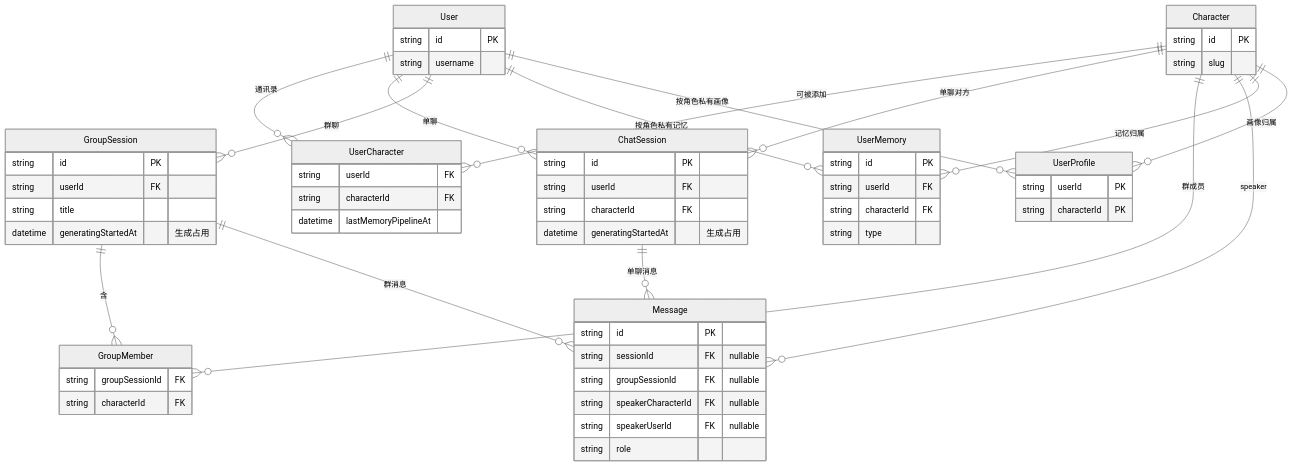
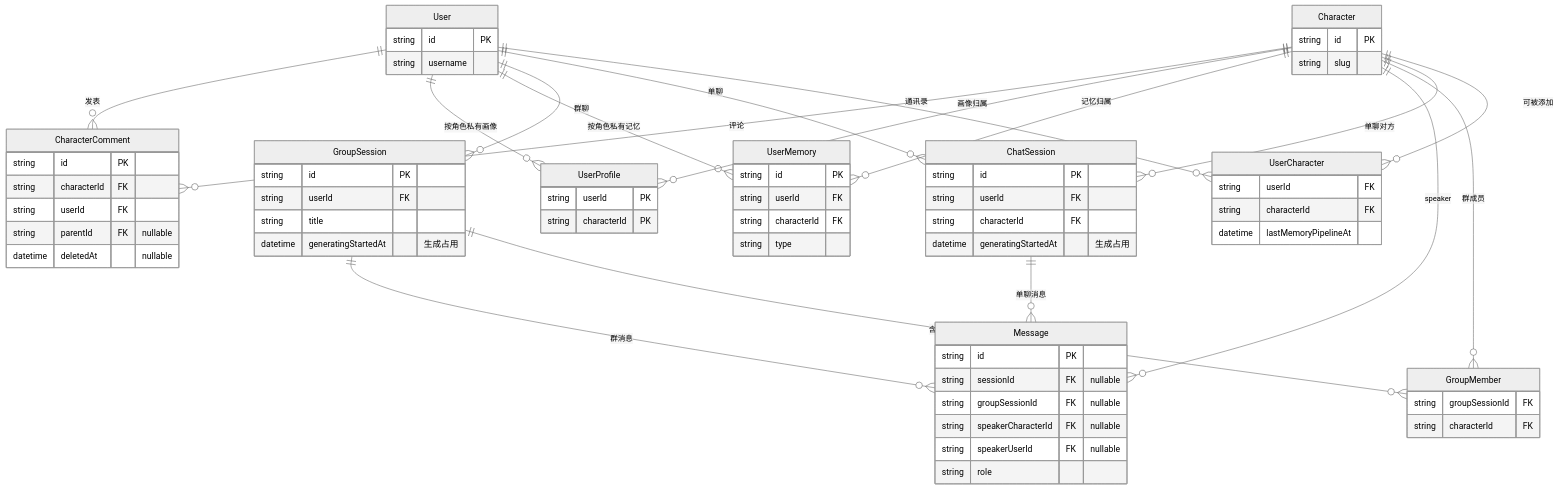
Before and after one commit to lilialab/lilia: the diagram in docs/data-model.md, drawn with Mermaid (neutral theme). The commit also changed other lines of this file and 15 other files, not shown here.

````diff
--- a/docs/data-model.md
+++ b/docs/data-model.md
@@ -20,6 +20,8 @@
   Character ||--o{ Message : "speaker"
   Character ||--o{ UserMemory : "记忆归属"
   Character ||--o{ UserProfile : "画像归属"
+  Character ||--o{ CharacterComment : "评论"
+  User ||--o{ CharacterComment : "发表"
 
   ChatSession ||--o{ Message : "单聊消息"
   GroupSession ||--o{ GroupMember : "含"
@@ -80,4 +82,12 @@
     string userId PK
     string characterId PK
   }
+
+  CharacterComment {
+    string id PK
+    string characterId FK
+    string userId FK
+    string parentId FK "nullable"
+    datetime deletedAt "nullable"
+  }
 ```
````
